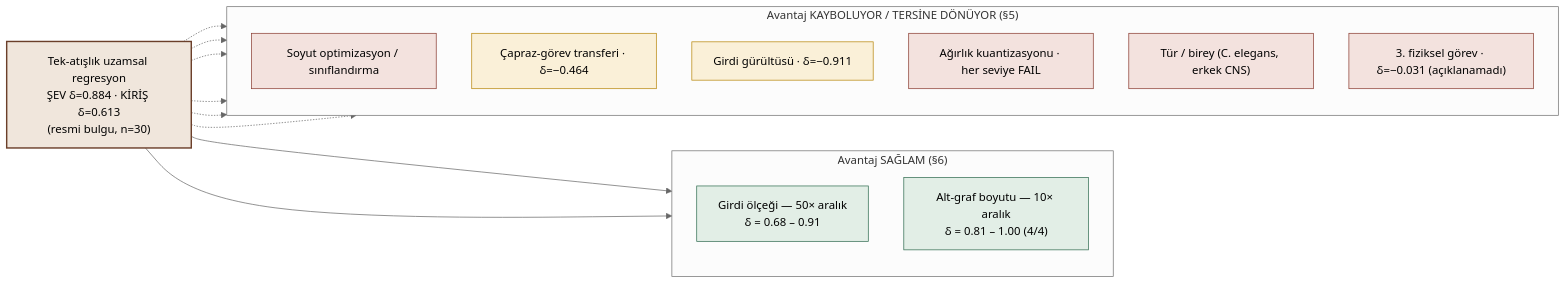
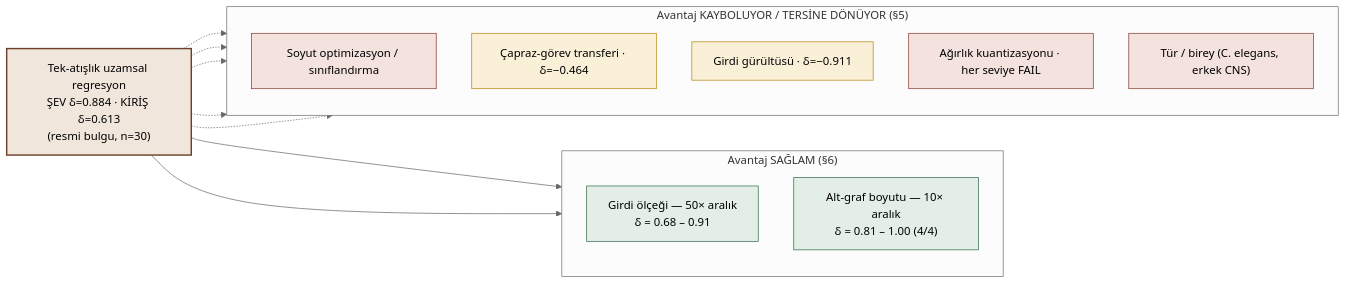
One commit to AutoPyloter/fly_op changed the first of 3 diagrams in README.md. Above: the diagram before and after it, drawn with Mermaid (neutral theme). The commit also changed other lines of this file and 5 other files, not shown here.

````diff
--- a/README.md
+++ b/README.md
@@ -50,35 +50,32 @@
 ```mermaid
 graph LR
     subgraph "Avantaj SAĞLAM (§6)"
         direction TB
         SC["Girdi ölçeği — 50× aralık<br/>δ = 0.68 – 0.91"]
         SZ["Alt-graf boyutu — 10× aralık<br/>δ = 0.81 – 1.00 (4/4)"]
     end
     ROOT["Tek-atışlık uzamsal regresyon<br/>ŞEV δ=0.884 · KİRİŞ δ=0.613<br/>(resmi bulgu, n=30)"]
     ROOT --> SC
     ROOT --> SZ
     subgraph "Avantaj KAYBOLUYOR / TERSİNE DÖNÜYOR (§5)"
         direction TB
         AB["Soyut optimizasyon / sınıflandırma"]
         TR["Çapraz-görev transferi · δ=−0.464"]
         NO["Girdi gürültüsü · δ=−0.911"]
         QU["Ağırlık kuantizasyonu · her seviye FAIL"]
         SP["Tür / birey (C. elegans, erkek CNS)"]
-        V3["3. fiziksel görev · δ=−0.031 (açıklanamadı)"]
     end
     ROOT -.-> AB
     ROOT -.-> TR
     ROOT -.-> NO
     ROOT -.-> QU
     ROOT -.-> SP
-    ROOT -.-> V3
     style ROOT fill:#f0e6dc,stroke:#6b3f2a,stroke-width:2px
     style SC fill:#e2eee6,stroke:#2f6b4f
     style SZ fill:#e2eee6,stroke:#2f6b4f
     style AB fill:#f3e2de,stroke:#8a3b30
     style TR fill:#faf0d8,stroke:#b8860b
     style NO fill:#faf0d8,stroke:#b8860b
     style QU fill:#f3e2de,stroke:#8a3b30
     style SP fill:#f3e2de,stroke:#8a3b30
-    style V3 fill:#f3e2de,stroke:#8a3b30
 ```
````
